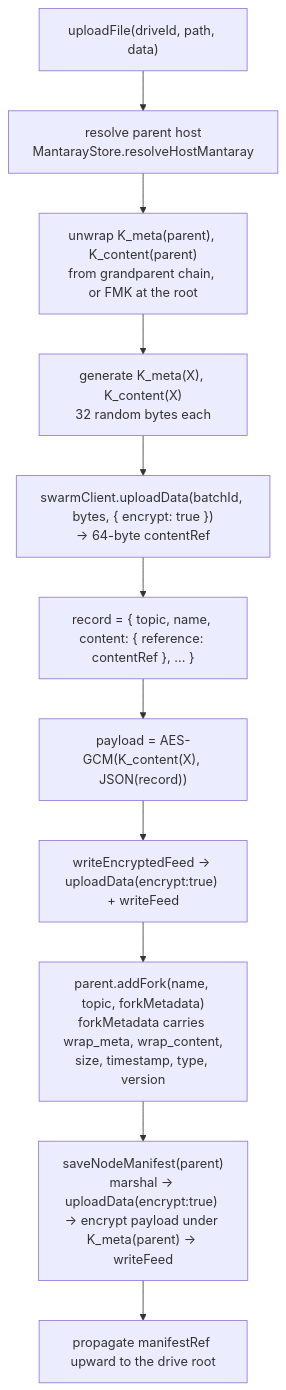
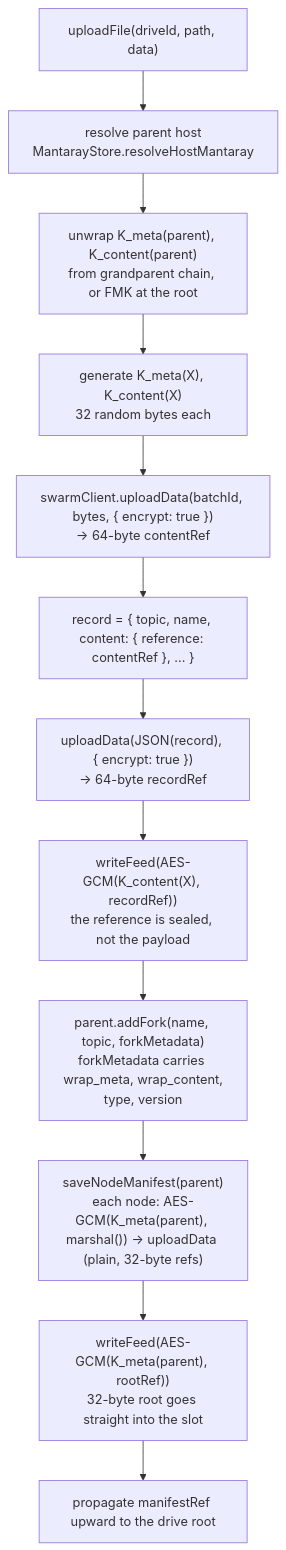
Before and after one commit to Solar-Punk-Ltd/file-manager-lib: the third of 5 diagrams in encryption-and-act.md, drawn with Mermaid. The commit also changed other lines of this file and 38 other files, not shown here.

````diff
--- a/encryption-and-act.md
+++ b/encryption-and-act.md
@@ -178,13 +179,14 @@
 ```mermaid
 flowchart TD
     A["uploadFile(driveId, path, data)"] --> B["resolve parent host<br/>MantarayStore.resolveHostMantaray"]
     B --> C["unwrap K_meta(parent), K_content(parent)<br/>from grandparent chain, or FMK at the root"]
     C --> D["generate K_meta(X), K_content(X)<br/>32 random bytes each"]
     D --> E["swarmClient.uploadData(batchId, bytes, { encrypt: true })<br/>-> 64-byte contentRef"]
     E --> F["record = { topic, name, content: { reference: contentRef }, ... }"]
-    F --> G["payload = AES-GCM(K_content(X), JSON(record))"]
-    G --> H["writeEncryptedFeed -> uploadData(encrypt:true) + writeFeed"]
-    H --> I["parent.addFork(name, topic, forkMetadata)<br/>forkMetadata carries wrap_meta, wrap_content,<br/>size, timestamp, type, version"]
-    I --> J["saveNodeManifest(parent)<br/>marshal -> uploadData(encrypt:true) -> encrypt payload under K_meta(parent) -> writeFeed"]
-    J --> K["propagate manifestRef upward to the drive root"]
+    F --> G["uploadData(JSON(record), { encrypt: true })<br/>-> 64-byte recordRef"]
+    G --> H["writeFeed(AES-GCM(K_content(X), recordRef))<br/>the reference is sealed, not the payload"]
+    H --> I["parent.addFork(name, topic, forkMetadata)<br/>forkMetadata carries wrap_meta, wrap_content,<br/>type, version"]
+    I --> J["saveNodeManifest(parent)<br/>each node: AES-GCM(K_meta(parent), marshal()) -> uploadData (plain, 32-byte refs)"]
+    J --> J2["writeFeed(AES-GCM(K_meta(parent), rootRef))<br/>32-byte root goes straight into the slot"]
+    J2 --> K["propagate manifestRef upward to the drive root"]
 ```
````
